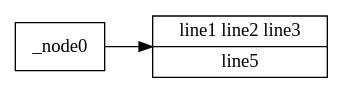
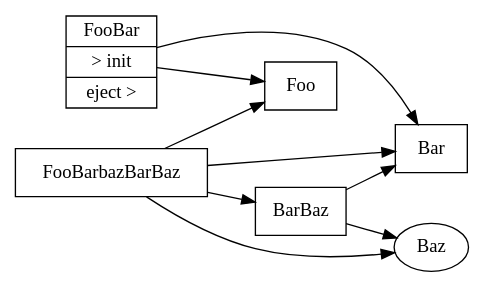
The diagram in lib/graphviz/simple.dot (fschwiet/JsfIoc), drawn with Graphviz before and after one commit. The commit also changed 12 other files, not shown here.

Commit message:
graphviz support

```diff
--- a/lib/graphviz/simple.dot
+++ b/lib/graphviz/simple.dot
@@ -1,17 +1,7 @@
 digraph {
-	graph [
-	rankdir = "LR"
-	];
-
-    "_node0" [
-		shape = "record"
-	];
-
-    "node1" [
-		label = "<f0>line1 line2 line3 |<f1> line5"
-		shape = "record"
-	];
-	
-	"_node0" -> "node1" [
-	];
+    graph [rankdir = "LR"];    Foo [ shape="record", label="Foo" ]
+    Bar [ shape="record", label="Bar" ]
+    FooBar [ shape="record", label="FooBar | \> init | eject \>" ]; FooBar -> Foo; FooBar -> Bar
+    BarBaz [ shape="record", label="BarBaz" ]; BarBaz -> Bar; BarBaz -> Baz
+    FooBarbazBarBaz [ shape="record", label="FooBarbazBarBaz" ]; FooBarbazBarBaz -> Foo; FooBarbazBarBaz -> BarBaz; FooBarbazBarBaz -> Bar; FooBarbazBarBaz -> Baz
 }
```
